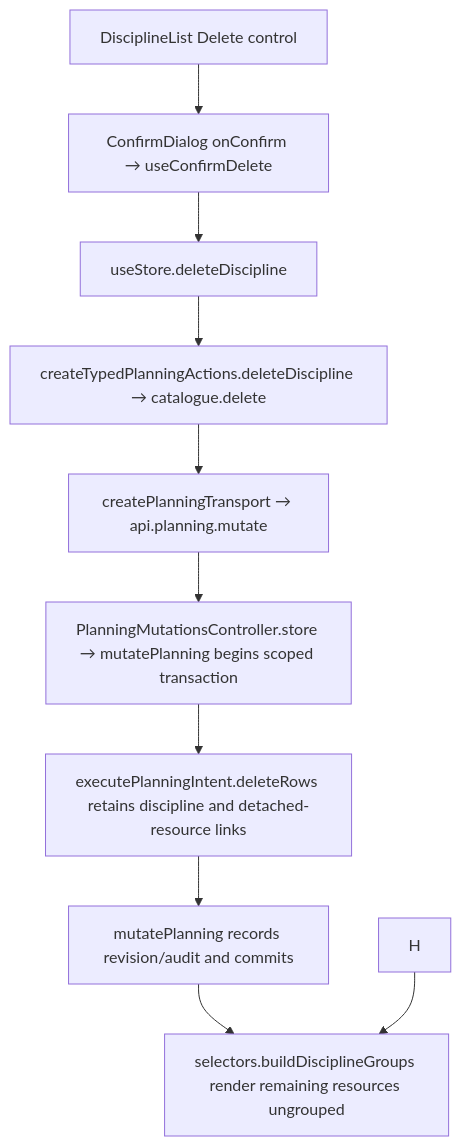
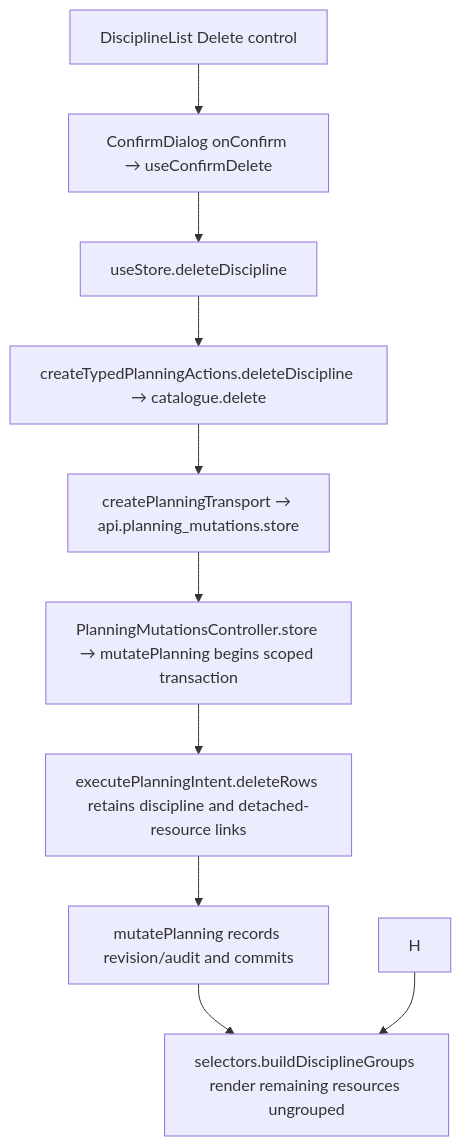
The second of 2 diagrams in user-stories/disciplines/US-DIS-03-delete-discipline-ungroups.md (Kevinjohn/capacitylens), drawn with Mermaid before and after one commit. The commit also changed 153 other files, not shown here.

````diff
--- a/user-stories/disciplines/US-DIS-03-delete-discipline-ungroups.md
+++ b/user-stories/disciplines/US-DIS-03-delete-discipline-ungroups.md
@@ -28,8 +28,8 @@
 ```mermaid
 flowchart TD
   A["DisciplineList Delete control"] --> B["ConfirmDialog onConfirm → useConfirmDelete"] --> C["useStore.deleteDiscipline"]
-  C --> D["createTypedPlanningActions.deleteDiscipline → catalogue.delete"] --> E["createPlanningTransport → api.planning.mutate"]
+  C --> D["createTypedPlanningActions.deleteDiscipline → catalogue.delete"] --> E["createPlanningTransport → api.planning_mutations.store"]
   E --> F["PlanningMutationsController.store → mutatePlanning begins scoped transaction"] --> G["executePlanningIntent.deleteRows retains discipline and detached-resource links"] --> K["mutatePlanning records revision/audit and commits"]
   K --> I["selectors.buildDisciplineGroups render remaining resources ungrouped"]
   H --> I
 ```
````
